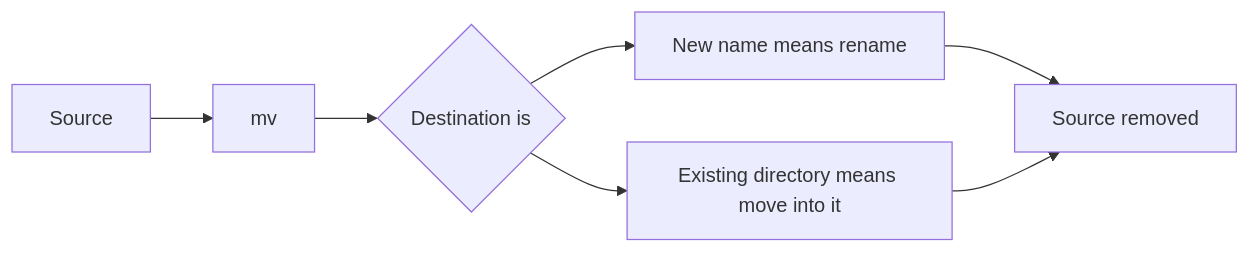
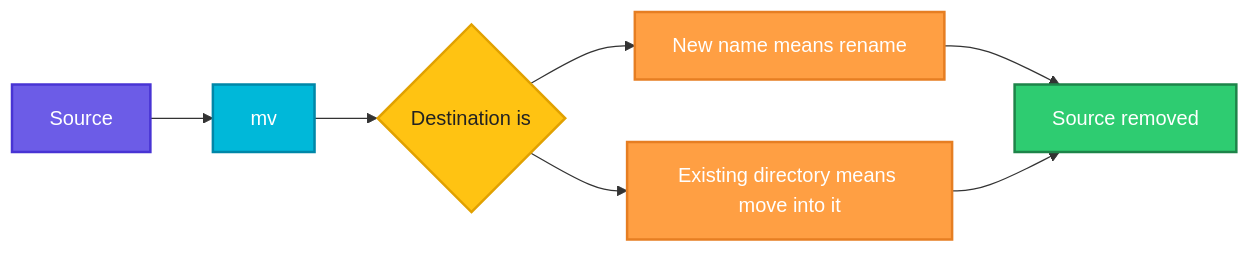
One commit to codeKerdosTech/DevOps-Documentation changed the diagram in linux/file-management/mv.md. Above: the diagram before and after it, drawn with Mermaid. The commit also changed 16 other files, not shown here.

````diff
--- a/linux/file-management/mv.md
+++ b/linux/file-management/mv.md
@@ -15,9 +15,21 @@
 ```mermaid
 flowchart LR
     A[Source] --> B[mv]
     B --> C{Destination is}
     C --> D[New name means rename]
     C --> E[Existing directory means move into it]
     D --> F[Source removed]
     E --> F
+    classDef start fill:#6C5CE7,stroke:#4834D4,stroke-width:2px,color:#fff
+    classDef proc fill:#00B8D9,stroke:#0087A8,stroke-width:2px,color:#fff
+    classDef dec fill:#FFC312,stroke:#E1A100,stroke-width:2px,color:#222
+    classDef ok fill:#2ECC71,stroke:#1E8449,stroke-width:2px,color:#fff
+    classDef err fill:#FF4757,stroke:#C0392B,stroke-width:2px,color:#fff
+    classDef out fill:#FD79A8,stroke:#E84393,stroke-width:2px,color:#fff
+    classDef alt fill:#FF9F43,stroke:#E67E22,stroke-width:2px,color:#fff
+    class A start
+    class B proc
+    class C dec
+    class D,E alt
+    class F ok
 ```
````
